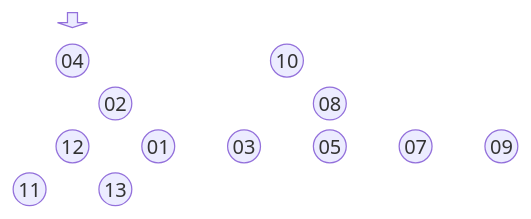
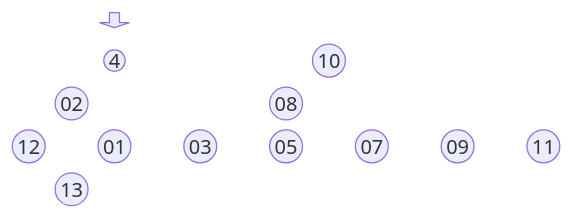
One commit to BenhurUFSM/l226b changed the fourth of 4 diagrams in Assuntos/arvore-aa.md. Above: the diagram before and after it, drawn with Mermaid.

````diff
--- a/Assuntos/arvore-aa.md
+++ b/Assuntos/arvore-aa.md
@@ -153,19 +153,19 @@
 ```mermaid
 block
 columns 13
 space:2 f<[" "]>(down) space:10
-space:2 r(("04")) space:4 d(("10")) space:7
+space:2 r(("4")) space:4 d(("10")) space:5
 space e(("02")) space:4 de(("08")) space:6 dd(("12")) space
 ee(("01")) space ed(("03")) space dee(("05")) space deed(("07")) space ded(("09")) space dde(("11")) space ddd(("13"))
 %%r-->e
 %%r-->d
 %%e-->ee
 %%e-->ed
 %%d-->de
 %%d-->dd
 %%de-->dee
 %%de-->ded
 %%dee->deed
 %%dd->dde
 %%dd->ddd
 ```
````
